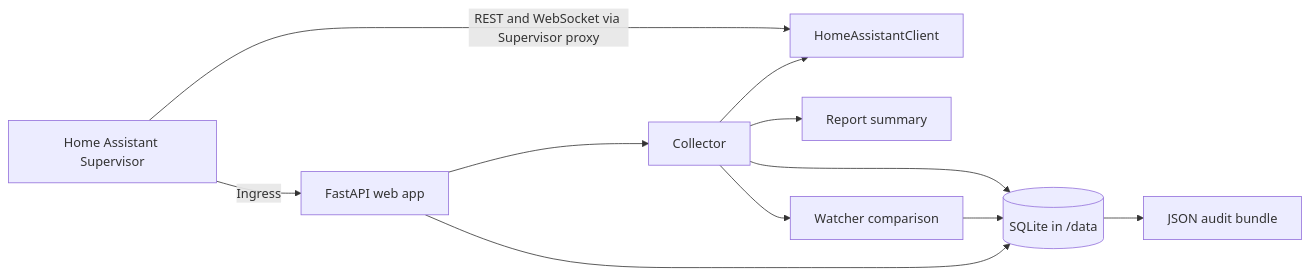
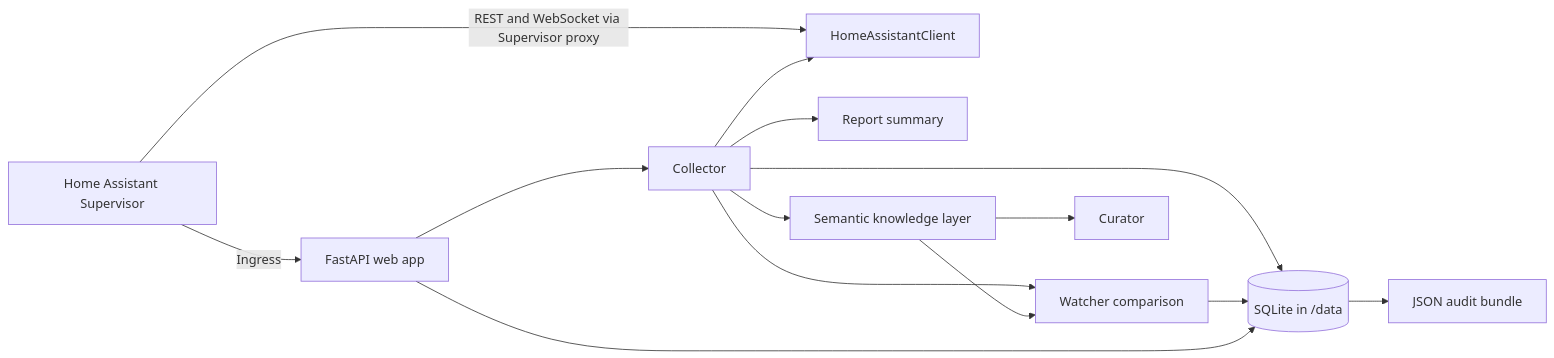
Before and after one commit to Humpadilo/The-Nexus: the diagram in docs/ARCHITECTURE.md, drawn with Mermaid. The commit also changed other lines of this file and 20 other files, not shown here.

First line of the commit message:
Implement the Semantic Knowledge Foundation

````diff
--- a/docs/ARCHITECTURE.md
+++ b/docs/ARCHITECTURE.md
@@ -9,13 +9,16 @@
 ```mermaid
 flowchart LR
     HA[Home Assistant Supervisor] -->|Ingress| UI[FastAPI web app]
     HA -->|REST and WebSocket via Supervisor proxy| API[HomeAssistantClient]
     UI --> COL[Collector]
     COL --> API
     COL --> REP[Report summary]
     COL --> WATCH[Watcher comparison]
+    COL --> SEM[Semantic knowledge layer]
+    SEM --> CUR[Curator]
+    SEM --> WATCH
     COL --> DB[(SQLite in /data)]
     WATCH --> DB
     UI --> DB
     DB --> JSON[JSON audit bundle]
 ```
````
